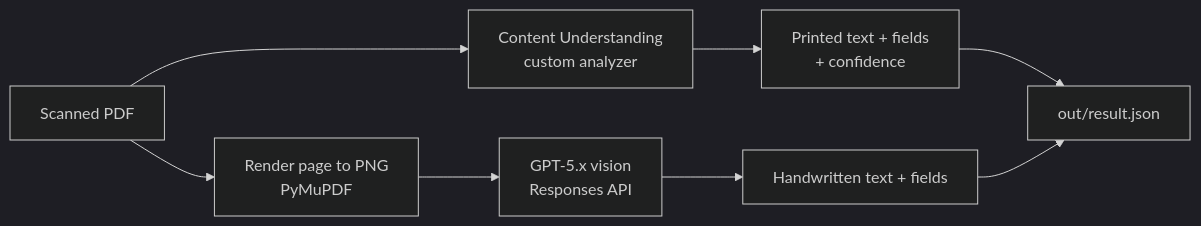
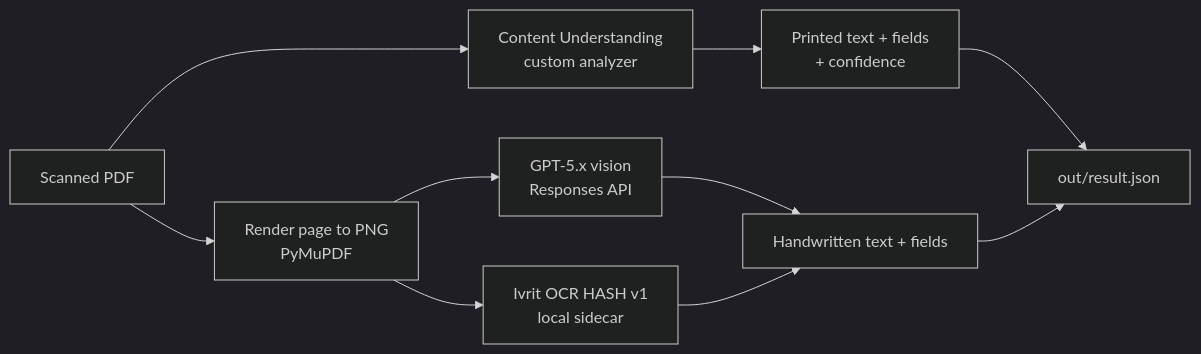
The diagram in README.md (roie9876/content-understanding-hebrew), drawn with Mermaid (dark theme) before and after one commit. The commit also changed other lines of this file and 7 other files, not shown here.

Commit message:
Integrate selective Ivrit OCR evidence

````diff
--- a/README.md
+++ b/README.md
@@ -20,9 +21,10 @@
 ```mermaid
 flowchart LR
     A[Scanned PDF] --> B[Render page to PNG<br/>PyMuPDF]
     A --> C[Content Understanding<br/>custom analyzer]
     B --> D[GPT-5.x vision<br/>Responses API]
+    B --> H[Ivrit OCR HASH v1<br/>local sidecar]
     C --> E[Printed text + fields<br/>+ confidence]
-    D --> F[Handwritten text + fields]
+    D & H --> F[Handwritten text + fields]
     E & F --> G[out/result.json]
 ```
````
